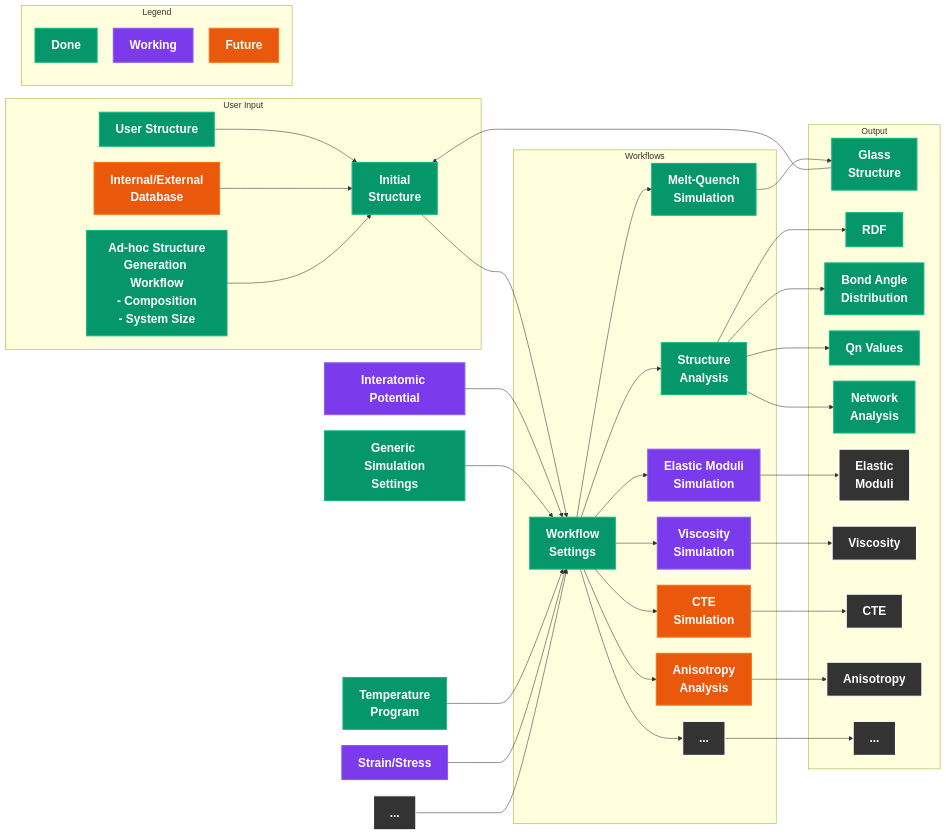
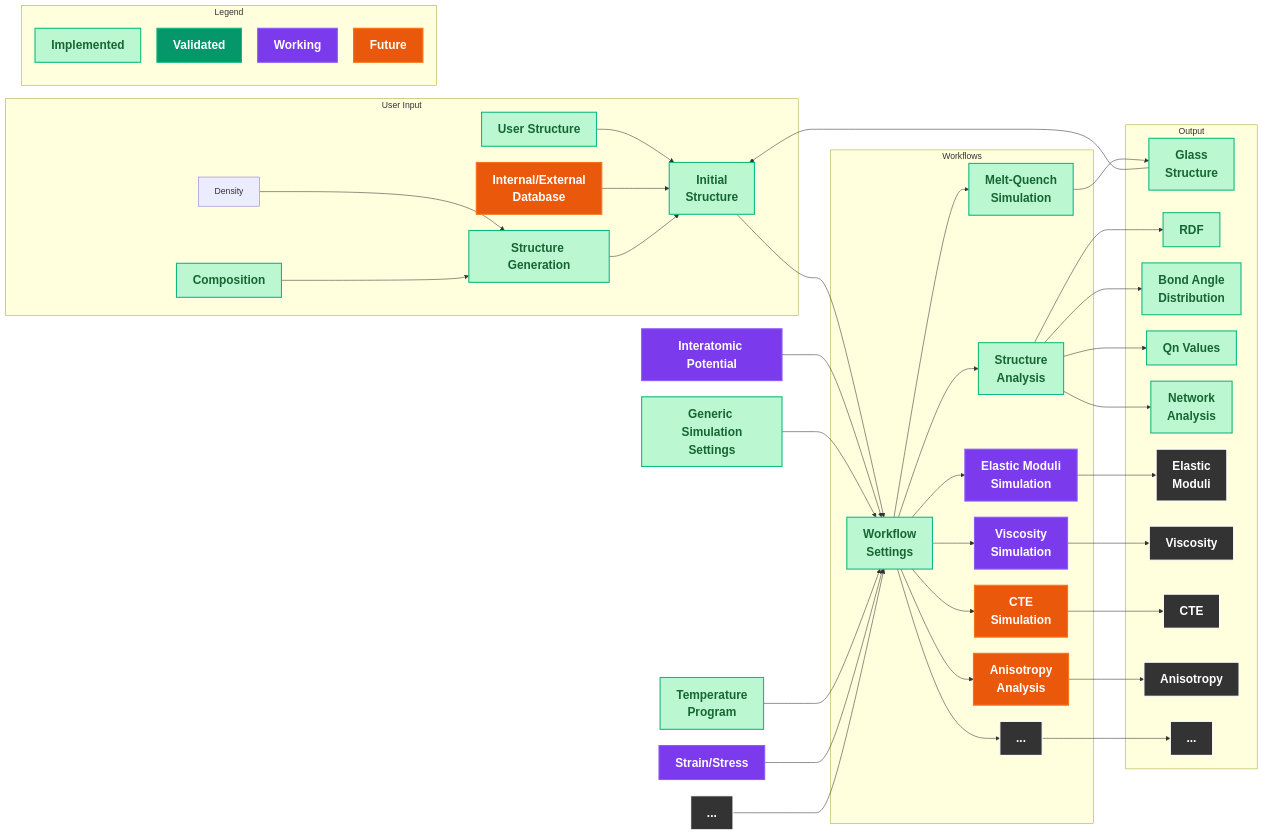
One commit to glasagent/amorphouspy changed the diagram in README.md. Above: the diagram before and after it, drawn with Mermaid.

Commit message:
chore: update workflow diagram
- distinguish between implemented and validated
- indicate the _actual_ structure generation workflow

```diff
--- a/README.md
+++ b/README.md
@@ -79,9 +79,11 @@
 
    subgraph "User Input"
       UserStructure[User Structure]
-      AdhocGeneration["Ad-hoc Structure<br/>Generation Workflow<br/>- Composition<br/>- System Size"]
       Database["Internal/External<br/>Database"]
-      InitialStructure["Initial<br/>Structure"]
+      InputStructure["Initial<br/>Structure"]
+      AdhocGeneration["Structure Generation"]
+      Composition["Composition"]
+      Density["Density"]
    end
 
 
@@ -116,18 +118,21 @@
    end
 
    subgraph "Legend"
-      Done[Done]
+      Implemented[Implemented]
+      Validated[Validated]
       Working[Working]
       Future[Future]
    end
 
 
    
-   UserStructure --> InitialStructure
-   Database --> InitialStructure
-   AdhocGeneration --> InitialStructure
+   UserStructure --> InputStructure
+   Database --> InputStructure
+   AdhocGeneration --> InputStructure
+   Density --> AdhocGeneration
+   Composition --> AdhocGeneration
    
-   InitialStructure --> WorkflowSettings
+   InputStructure --> WorkflowSettings
    FF --> WorkflowSettings
    GenericSimulationSettings --> WorkflowSettings
    TemperatureProgram --> WorkflowSettings
@@ -135,7 +140,7 @@
    Others --> WorkflowSettings
    
 
-   GlassStructure --> InitialStructure
+   GlassStructure --> InputStructure
    WorkflowSettings --> MeltQuench --> GlassStructure 
    WorkflowSettings --> StructureAnalysis
    WorkflowSettings --> ElasticModuliSimulation --> ElasticModuli
@@ -151,12 +156,14 @@
 
 %% Styling
    classDef future fill:#ea580c,stroke:#f97316,stroke-width:2px,color:#fff,font-weight:bold,font-size:22px;
-   classDef done fill:#059669,stroke:#10b981,stroke-width:2px,color:#fff,font-weight:bold,font-size:22px;
+   classDef implemented fill:#bbf7d0,stroke:#10b981,stroke-width:2px,color:#166534,font-weight:bold,font-size:22px;
+   classDef validated fill:#059669,stroke:#10b981,stroke-width:2px,color:#fff,font-weight:bold,font-size:22px;
    classDef working fill:#7c3aed,stroke:#8b5cf6,stroke-width:2px,color:#fff,font-weight:bold,font-size:22px;
    classDef none fill:#333333,stroke:#ffffff,stroke-width:2px,color:#fff,font-weight:bold,font-size:22px;
 
 
-class Done,Composition,AdhocGeneration,InitialStructure,TemperatureProgram,WorkflowSettings,StructureAnalysis,NetworkAnalysis,BondAngleDistribution,RDF,QnDistribution,MeltQuench,GlassStructure,UserStructure,SystemSize,GenericSimulationSettings, done
+class Implemented,Composition,AdhocGeneration,InputStructure,TemperatureProgram,WorkflowSettings,StructureAnalysis,NetworkAnalysis,BondAngleDistribution,RDF,QnDistribution,MeltQuench,GlassStructure,UserStructure,SystemSize,GenericSimulationSettings, implemented
+class Validated validated
 class Working,ViscositySimulation,ElasticModuliSimulation,Strain,FF working
 class Future,CTESimulation,AnisotropyAnalysis,Database, future
 class ElasticModuli,Viscosity,CTE,Anisotropy,Others,OthersWorkflow,OthersOutput none
```
